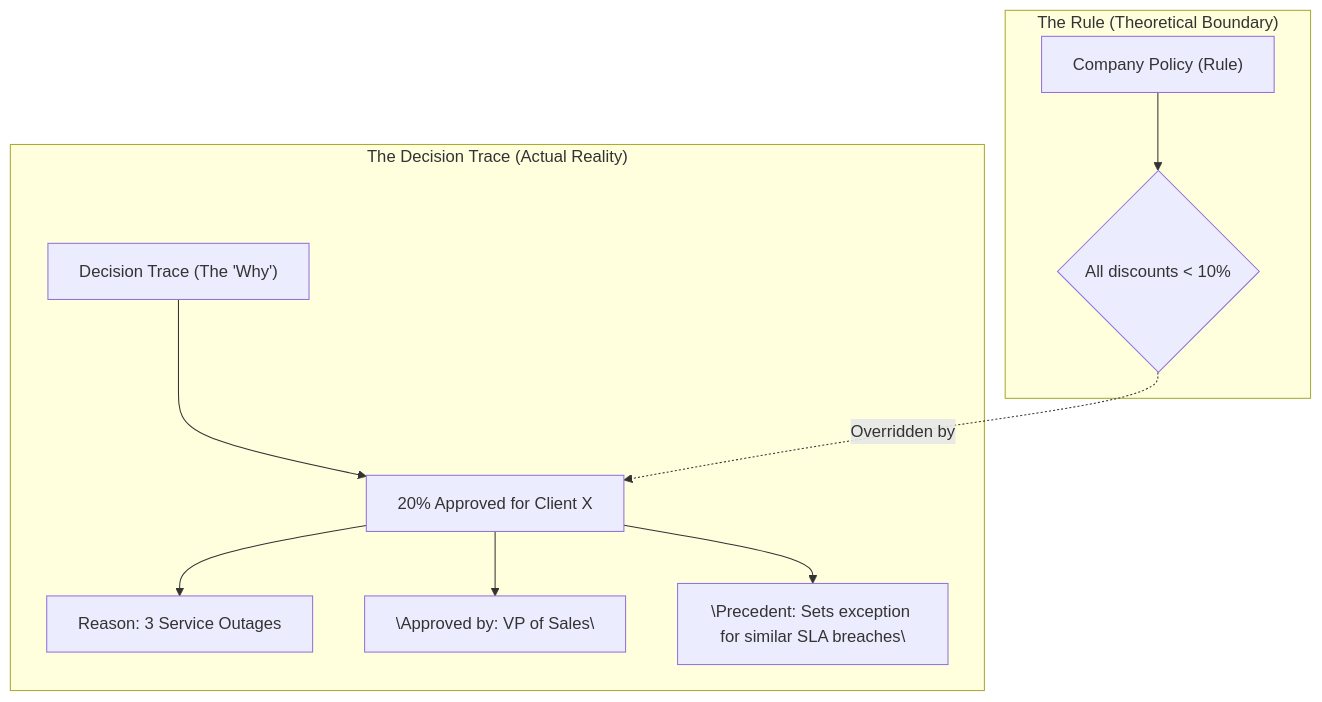
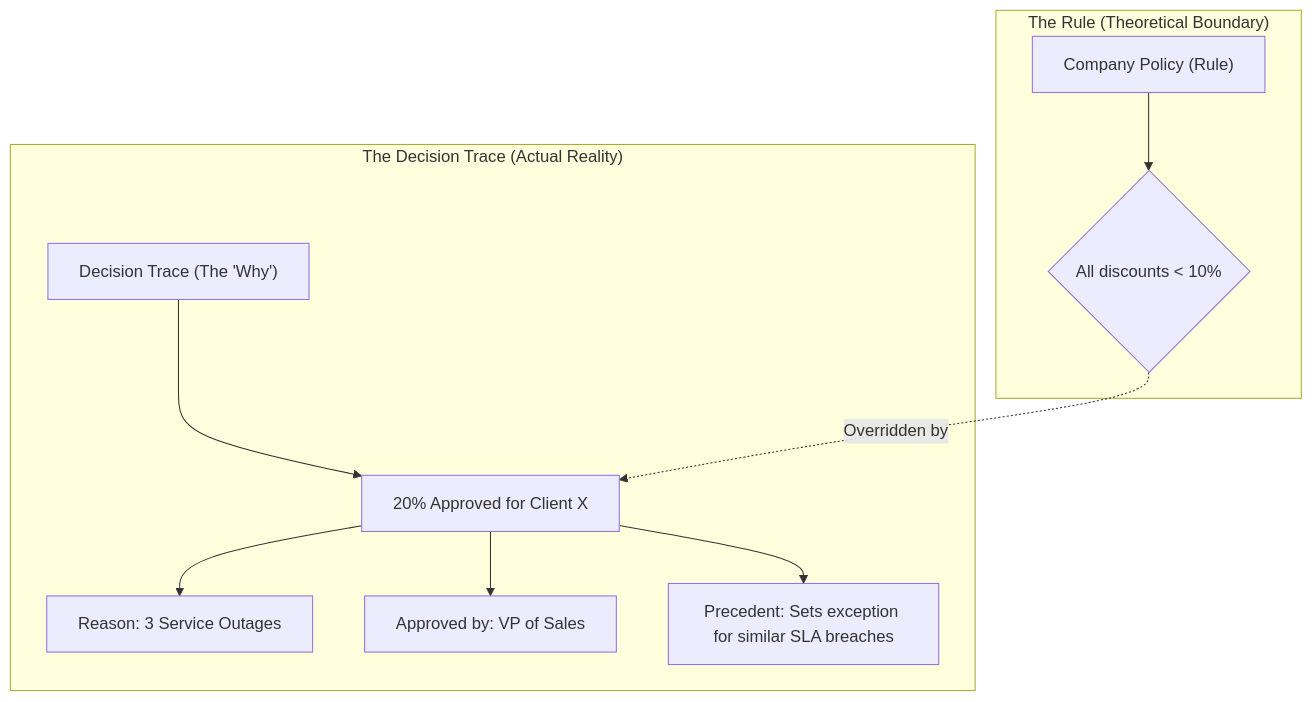
One commit to rsrini7/Learnings changed the first of 5 diagrams in AI-ML/Context-Graphs.md. Above: the diagram before and after it, drawn with Mermaid. The commit also changed other lines of this file and 2 other files, not shown here.

First line of the commit message:
refactor(AI-ML): consolidate context graph,  Ralph-related documentation into single file

````diff
--- a/AI-ML/Context-Graphs.md
+++ b/AI-ML/Context-Graphs.md
@@ -77,15 +251,15 @@
 ```mermaid
 graph TD
     subgraph "The Rule (Theoretical Boundary)"
         A["Company Policy (Rule)"] --> B{"All discounts < 10%"}
     end
 
     subgraph "The Decision Trace (Actual Reality)"
         C["Decision Trace (The 'Why')"] --> D["20% Approved for Client X"]
         D --> E["Reason: 3 Service Outages"]
-        D --> F["\"Approved by: VP of Sales\""]
-        D --> G["\"Precedent: Sets exception for similar SLA breaches\""]
+        D --> F["Approved by: VP of Sales"]
+        D --> G["Precedent: Sets exception for similar SLA breaches"]
     end
 
     B -.->|"Overridden by"| D
 ```
````
